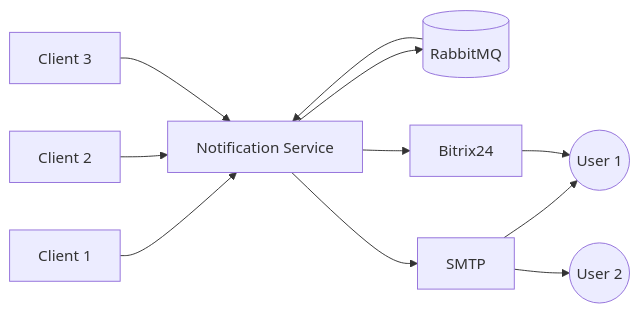
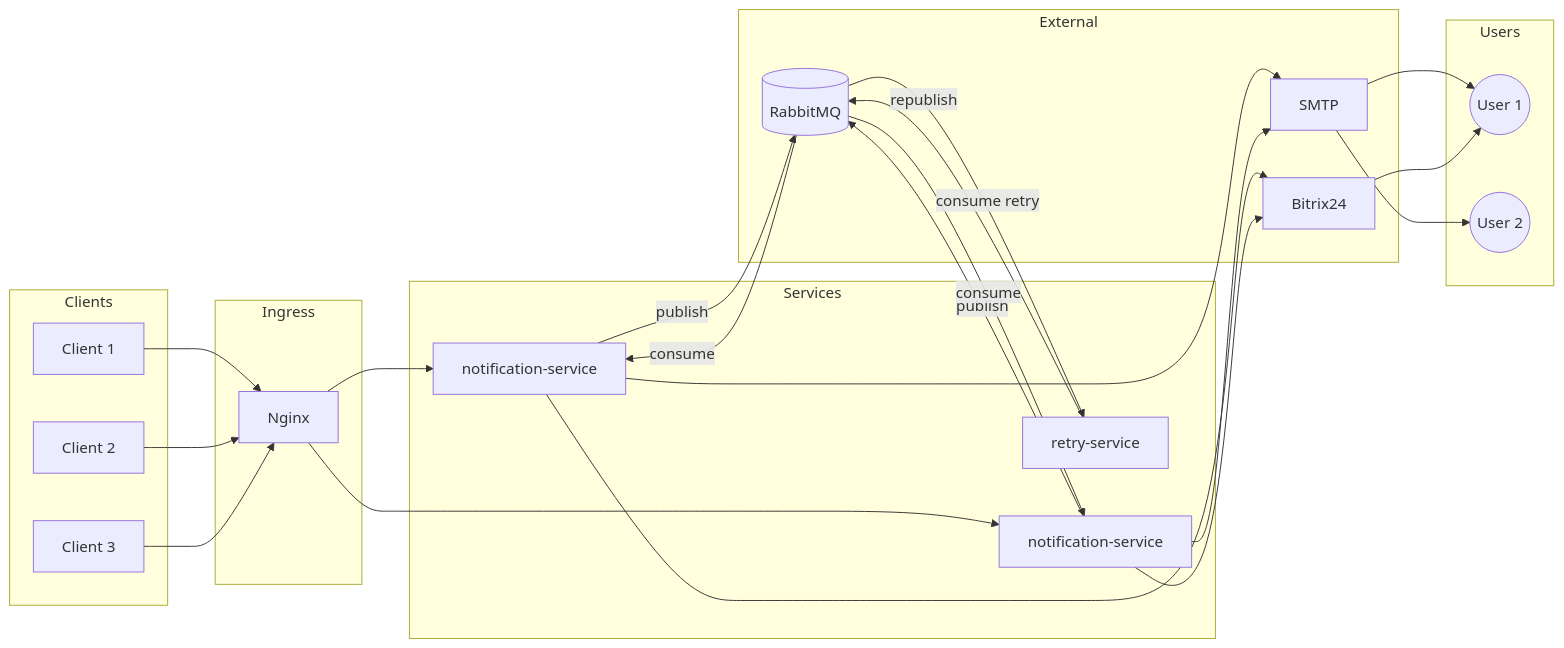
The diagram in docs/architecture/architecture.md (andreyantropov/notification-service), drawn with Mermaid before and after one commit. The commit also changed other lines of this file and 9 other files, not shown here.

````diff
--- a/docs/architecture/architecture.md
+++ b/docs/architecture/architecture.md
@@ -99,18 +107,58 @@
 ```mermaid
 flowchart LR
-    Client1[Client 1] --> NS[Notification Service]
-    Client2[Client 2] --> NS
-    Client3[Client 3] --> NS
+    subgraph Clients
+        Client1[Client 1]
+        Client2[Client 2]
+        Client3[Client 3]
+    end
 
-    NS --> Queue[(RabbitMQ)]
+    subgraph Ingress
+        Nginx[Nginx]
+    end
 
-    Queue --> NS
+    subgraph Services
+        NS1[notification-service]
+        NS2[notification-service]
+        RS[retry-service]
+    end
 
-    NS --> SMTP[SMTP]
-    NS --> Bitrix24[Bitrix24]
+    subgraph External
+        RabbitMQ[(RabbitMQ)]
+        SMTP[SMTP]
+        Bitrix24[Bitrix24]
+    end
 
-    SMTP --> User1((User 1))
+    subgraph Users
+        User1((User 1))
+        User2((User 2))
+    end
+
+    %% HTTP-поток
+    Client1 --> Nginx
+    Client2 --> Nginx
+    Client3 --> Nginx
+    Nginx --> NS1
+    Nginx --> NS2
+
+    %% Публикация в очередь
+    NS1 -->|publish| RabbitMQ
+    NS2 -->|publish| RabbitMQ
+
+    %% Обработка из очереди
+    RabbitMQ -->|consume| NS1
+    RabbitMQ -->|consume| NS2
+
+    %% Retry-сервис для повторов
+    RabbitMQ -->|consume retry| RS
+    RS -->|republish| RabbitMQ
+
+    %% Доставка
+    NS1 --> SMTP
+    NS1 --> Bitrix24
+    NS2 --> SMTP
+    NS2 --> Bitrix24
+
+    SMTP --> User1
     Bitrix24 --> User1
-
-    SMTP --> User2((User 2))
+    SMTP --> User2
 ```
````
